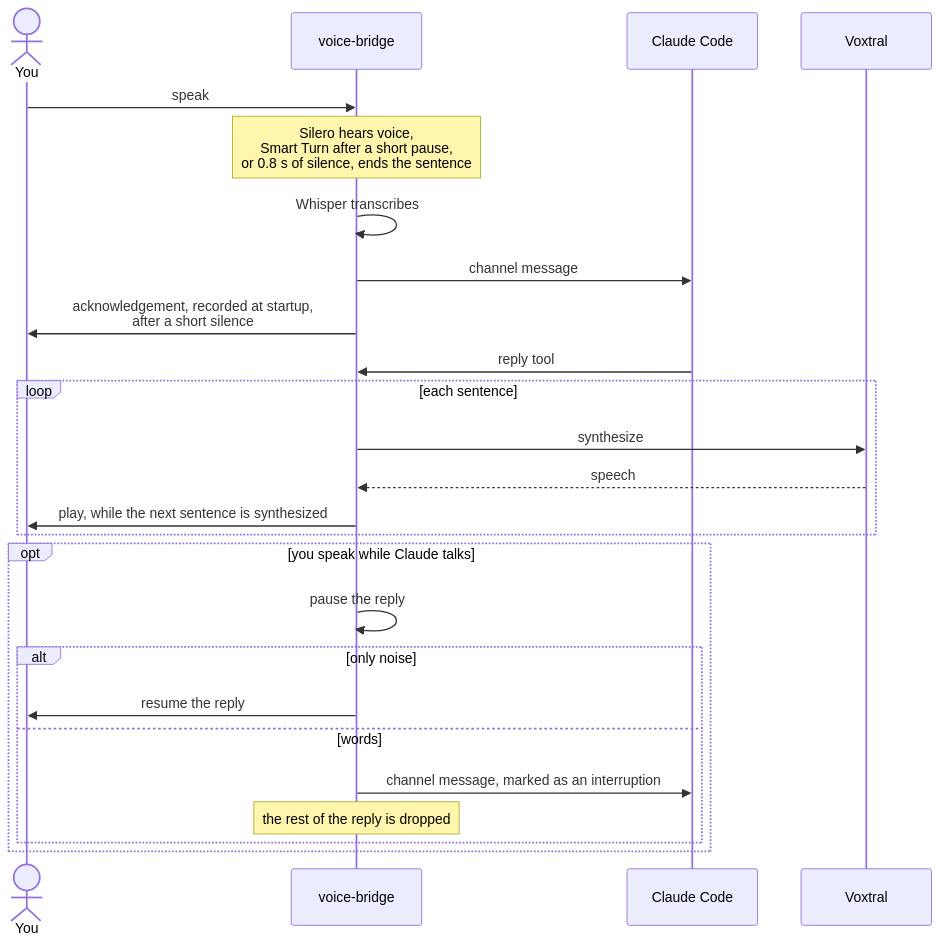
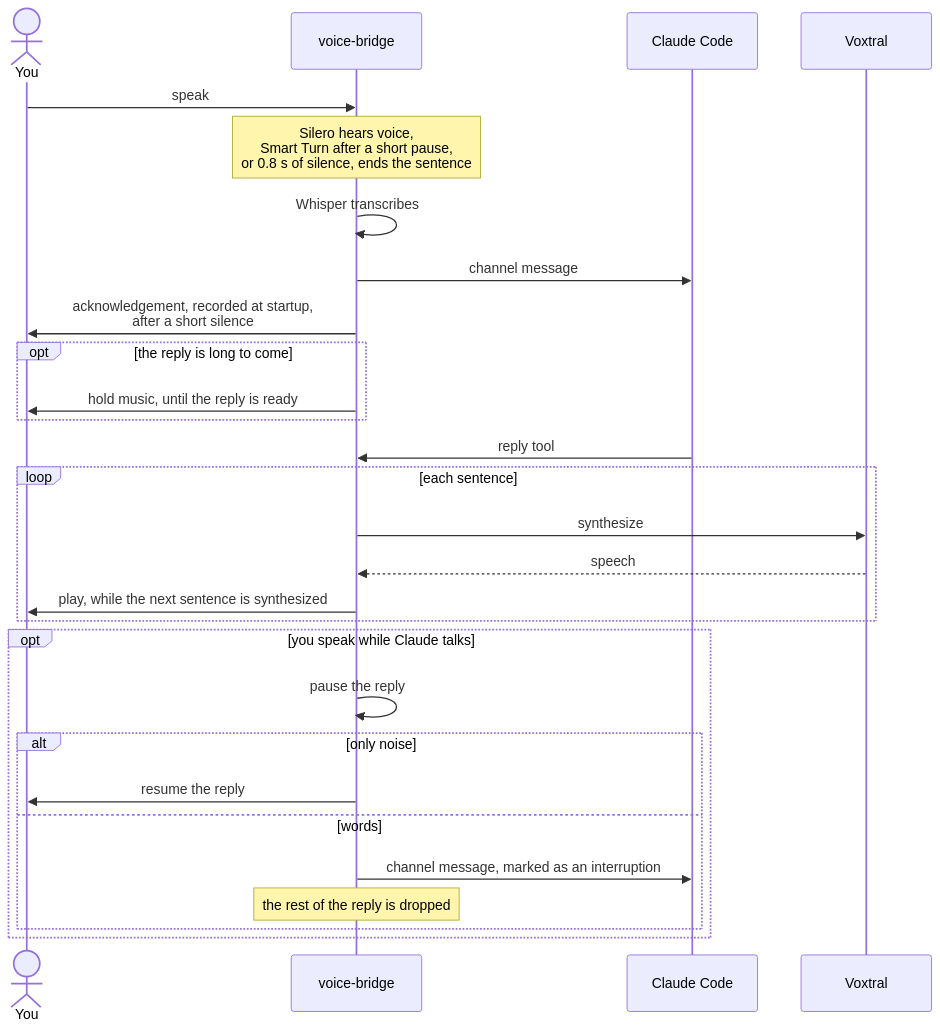
One commit to marc-gavanier/voice-bridge changed the second of 3 diagrams in README.md. Above: the diagram before and after it, drawn with Mermaid. The commit also changed other lines of this file and 15 other files, not shown here.

Commit message:
feat: play hold music while a reply is long to come

````diff
--- a/README.md
+++ b/README.md
@@ -37,28 +38,31 @@
 ```mermaid
 sequenceDiagram
     actor you as You
     participant bridge as voice-bridge
     participant claude as Claude Code
     participant voxtral as Voxtral
 
     you->>bridge: speak
     Note over bridge: Silero hears voice,<br/>Smart Turn after a short pause,<br/>or 0.8 s of silence, ends the sentence
     bridge->>bridge: Whisper transcribes
     bridge->>claude: channel message
     bridge->>you: acknowledgement, recorded at startup,<br/>after a short silence
+    opt the reply is long to come
+        bridge->>you: hold music, until the reply is ready
+    end
     claude->>bridge: reply tool
     loop each sentence
         bridge->>voxtral: synthesize
         voxtral-->>bridge: speech
         bridge->>you: play, while the next sentence is synthesized
     end
     opt you speak while Claude talks
         bridge->>bridge: pause the reply
         alt only noise
             bridge->>you: resume the reply
         else words
             bridge->>claude: channel message, marked as an interruption
             Note over bridge: the rest of the reply is dropped
         end
     end
 ```
````
